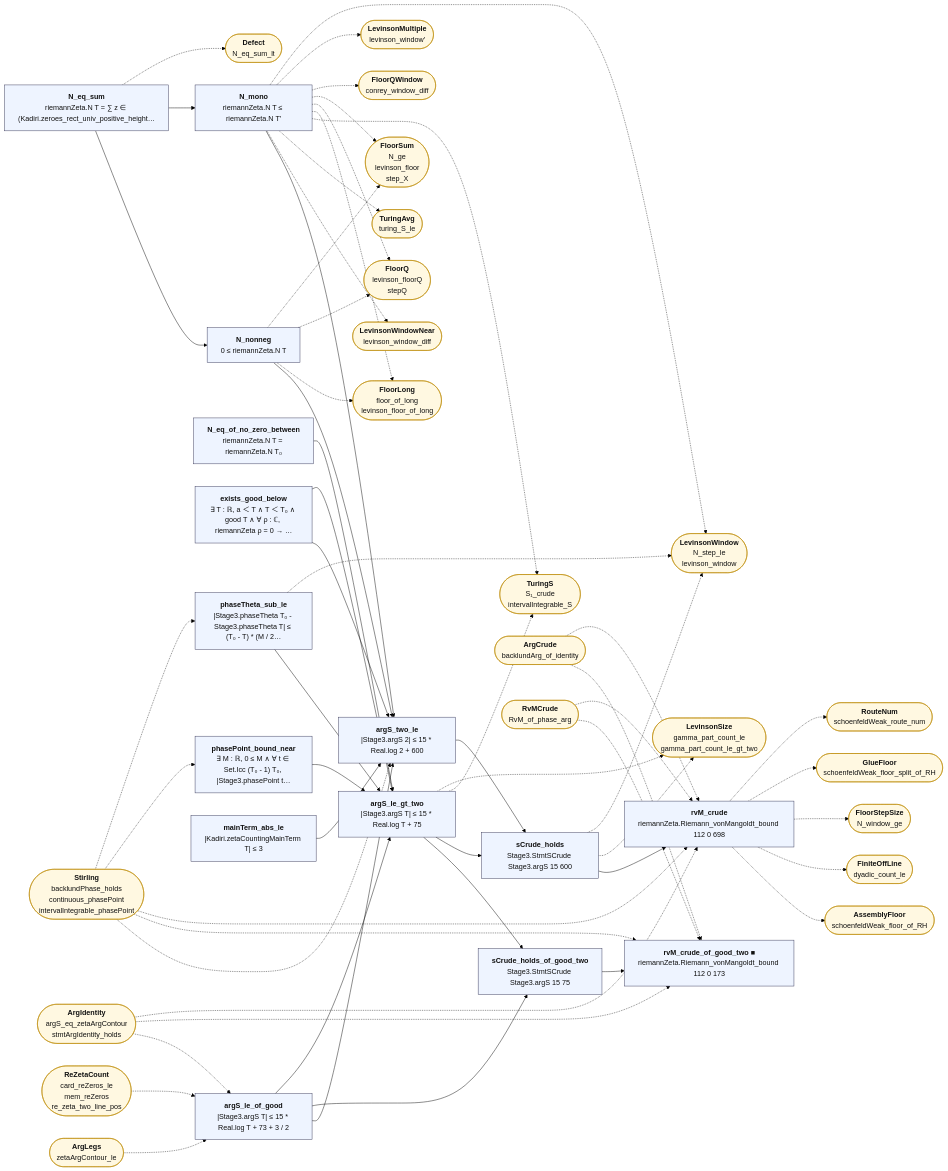
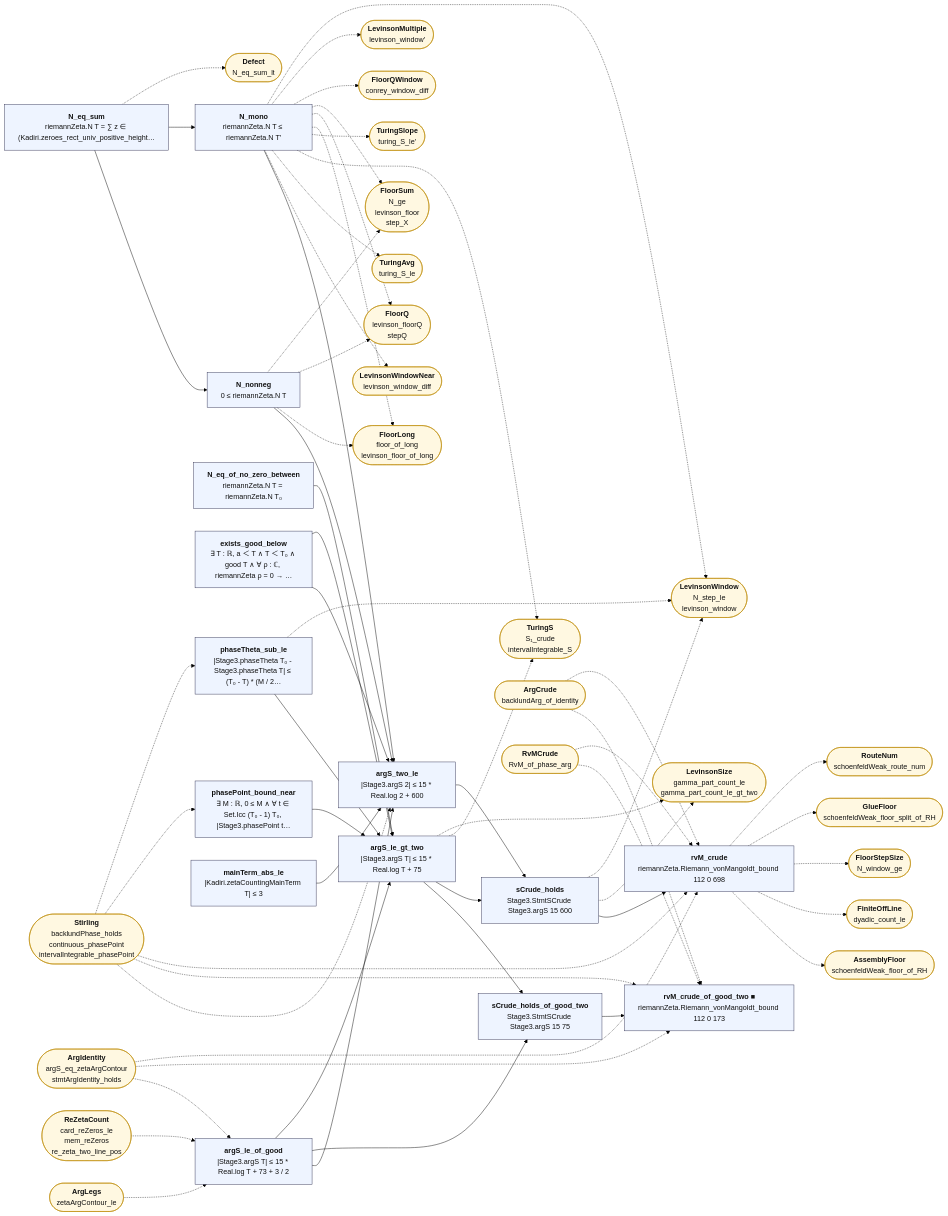
The diagram in map/lean_stage3/ArgCount.mmd (juliansambranojr/Primebeat_081426), drawn with Mermaid (forest theme) before and after one commit. The commit also changed 33 other files, not shown here.

```diff
--- a/map/lean_stage3/ArgCount.mmd
+++ b/map/lean_stage3/ArgCount.mmd
@@ -1,101 +1,103 @@
 flowchart LR
   n0["<b>argS_le_of_good</b><br/>|Stage3.argS T| ≤ 15 * Real.log T + 73 + 3 / 2"]:::thm
   n1["<b>N_eq_sum</b><br/>riemannZeta.N T = ∑ z ∈ (Kadiri.zeroes_rect_univ_positive_height…"]:::thm
   n2["<b>N_nonneg</b><br/>0 ≤ riemannZeta.N T"]:::thm
   n3["<b>N_mono</b><br/>riemannZeta.N T ≤ riemannZeta.N T'"]:::thm
   n4["<b>N_eq_of_no_zero_between</b><br/>riemannZeta.N T = riemannZeta.N T₀"]:::thm
   n5["<b>exists_good_below</b><br/>∃ T : ℝ, a ＜ T ∧ T ＜ T₀ ∧ good T ∧ ∀ ρ : ℂ, riemannZeta ρ = 0 → …"]:::thm
   n6["<b>phasePoint_bound_near</b><br/>∃ M : ℝ, 0 ≤ M ∧ ∀ t ∈ Set.Icc (T₀ - 1) T₀, |Stage3.phasePoint t…"]:::thm
   n7["<b>phaseTheta_sub_le</b><br/>|Stage3.phaseTheta T₀ - Stage3.phaseTheta T| ≤ (T₀ - T) * (M / 2…"]:::thm
   n8["<b>argS_le_gt_two</b><br/>|Stage3.argS T| ≤ 15 * Real.log T + 75"]:::thm
   n9["<b>mainTerm_abs_le</b><br/>|Kadiri.zetaCountingMainTerm T| ≤ 3"]:::thm
   n10["<b>argS_two_le</b><br/>|Stage3.argS 2| ≤ 15 * Real.log 2 + 600"]:::thm
   n11["<b>sCrude_holds_of_good_two</b><br/>Stage3.StmtSCrude Stage3.argS 15 75"]:::thm
   n12["<b>sCrude_holds</b><br/>Stage3.StmtSCrude Stage3.argS 15 600"]:::thm
   n13["<b>rvM_crude_of_good_two ■</b><br/>riemannZeta.Riemann_vonMangoldt_bound 112 0 173"]:::thm
   n14["<b>rvM_crude</b><br/>riemannZeta.Riemann_vonMangoldt_bound 112 0 698"]:::thm
   x0(["<b>ArgIdentity</b><br/>argS_eq_zetaArgContour<br/>stmtArgIdentity_holds"]):::ext
   x1(["<b>ArgLegs</b><br/>zetaArgContour_le"]):::ext
   x2(["<b>ReZetaCount</b><br/>card_reZeros_le<br/>mem_reZeros<br/>re_zeta_two_line_pos"]):::ext
   x3(["<b>Defect</b><br/>N_eq_sum_lt"]):::ext
   x4(["<b>FloorLong</b><br/>floor_of_long<br/>levinson_floor_of_long"]):::ext
   x5(["<b>FloorQ</b><br/>levinson_floorQ<br/>stepQ"]):::ext
   x6(["<b>FloorSum</b><br/>N_ge<br/>levinson_floor<br/>step_X"]):::ext
   x7(["<b>FloorQWindow</b><br/>conrey_window_diff"]):::ext
   x8(["<b>LevinsonMultiple</b><br/>levinson_window'"]):::ext
   x9(["<b>LevinsonWindow</b><br/>N_step_le<br/>levinson_window"]):::ext
   x10(["<b>LevinsonWindowNear</b><br/>levinson_window_diff"]):::ext
   x11(["<b>TuringAvg</b><br/>turing_S_le"]):::ext
   x12(["<b>TuringS</b><br/>S₁_crude<br/>intervalIntegrable_S"]):::ext
-  x13(["<b>Stirling</b><br/>backlundPhase_holds<br/>continuous_phasePoint<br/>intervalIntegrable_phasePoint"]):::ext
-  x14(["<b>LevinsonSize</b><br/>gamma_part_count_le<br/>gamma_part_count_le_gt_two"]):::ext
-  x15(["<b>ArgCrude</b><br/>backlundArg_of_identity"]):::ext
-  x16(["<b>RvMCrude</b><br/>RvM_of_phase_arg"]):::ext
-  x17(["<b>AssemblyFloor</b><br/>schoenfeldWeak_floor_of_RH"]):::ext
-  x18(["<b>FiniteOffLine</b><br/>dyadic_count_le"]):::ext
-  x19(["<b>FloorStepSize</b><br/>N_window_ge"]):::ext
-  x20(["<b>GlueFloor</b><br/>schoenfeldWeak_floor_split_of_RH"]):::ext
-  x21(["<b>RouteNum</b><br/>schoenfeldWeak_route_num"]):::ext
+  x13(["<b>TuringSlope</b><br/>turing_S_le'"]):::ext
+  x14(["<b>Stirling</b><br/>backlundPhase_holds<br/>continuous_phasePoint<br/>intervalIntegrable_phasePoint"]):::ext
+  x15(["<b>LevinsonSize</b><br/>gamma_part_count_le<br/>gamma_part_count_le_gt_two"]):::ext
+  x16(["<b>ArgCrude</b><br/>backlundArg_of_identity"]):::ext
+  x17(["<b>RvMCrude</b><br/>RvM_of_phase_arg"]):::ext
+  x18(["<b>AssemblyFloor</b><br/>schoenfeldWeak_floor_of_RH"]):::ext
+  x19(["<b>FiniteOffLine</b><br/>dyadic_count_le"]):::ext
+  x20(["<b>FloorStepSize</b><br/>N_window_ge"]):::ext
+  x21(["<b>GlueFloor</b><br/>schoenfeldWeak_floor_split_of_RH"]):::ext
+  x22(["<b>RouteNum</b><br/>schoenfeldWeak_route_num"]):::ext
   n0 --> n10
   n0 --> n11
   n0 --> n8
   n1 --> n2
   n1 --> n3
   n10 --> n12
   n11 --> n13
   n12 --> n14
   n2 --> n10
   n3 --> n10
   n4 --> n8
   n5 --> n10
   n5 --> n8
   n6 --> n8
   n7 --> n8
   n8 --> n11
   n8 --> n12
   n9 --> n10
   n1 -.-> x3
-  n12 -.-> x14
+  n12 -.-> x15
   n12 -.-> x9
-  n14 -.-> x17
   n14 -.-> x18
   n14 -.-> x19
   n14 -.-> x20
   n14 -.-> x21
+  n14 -.-> x22
   n2 -.-> x4
   n2 -.-> x5
   n2 -.-> x6
   n3 -.-> x10
   n3 -.-> x11
   n3 -.-> x12
+  n3 -.-> x13
   n3 -.-> x4
   n3 -.-> x5
   n3 -.-> x6
   n3 -.-> x7
   n3 -.-> x8
   n3 -.-> x9
   n7 -.-> x9
   n8 -.-> x12
-  n8 -.-> x14
+  n8 -.-> x15
   x0 -.-> n0
   x0 -.-> n13
   x0 -.-> n14
   x1 -.-> n0
-  x13 -.-> n10
-  x13 -.-> n13
-  x13 -.-> n14
-  x13 -.-> n6
-  x13 -.-> n7
-  x15 -.-> n13
-  x15 -.-> n14
+  x14 -.-> n10
+  x14 -.-> n13
+  x14 -.-> n14
+  x14 -.-> n6
+  x14 -.-> n7
   x16 -.-> n13
   x16 -.-> n14
+  x17 -.-> n13
+  x17 -.-> n14
   x2 -.-> n0
   classDef cnt fill:#dff5ec,stroke:#17694a,color:#111
   classDef shp fill:#f1ecfb,stroke:#5b3fa0,color:#111
   classDef rh fill:#ffe5e5,stroke:#c22,color:#111,stroke-width:2px
   classDef thm fill:#eef4ff,stroke:#335,color:#111
   classDef end_ fill:#e7f7e7,stroke:#2a7,color:#111,stroke-width:2px
   classDef lone fill:#fff,stroke:#999,color:#111,stroke-dasharray:4 3
   classDef bad fill:#ffe5e5,stroke:#c22,color:#111,stroke-width:2px
   classDef ext fill:#fff8e1,stroke:#b80,color:#111
```
